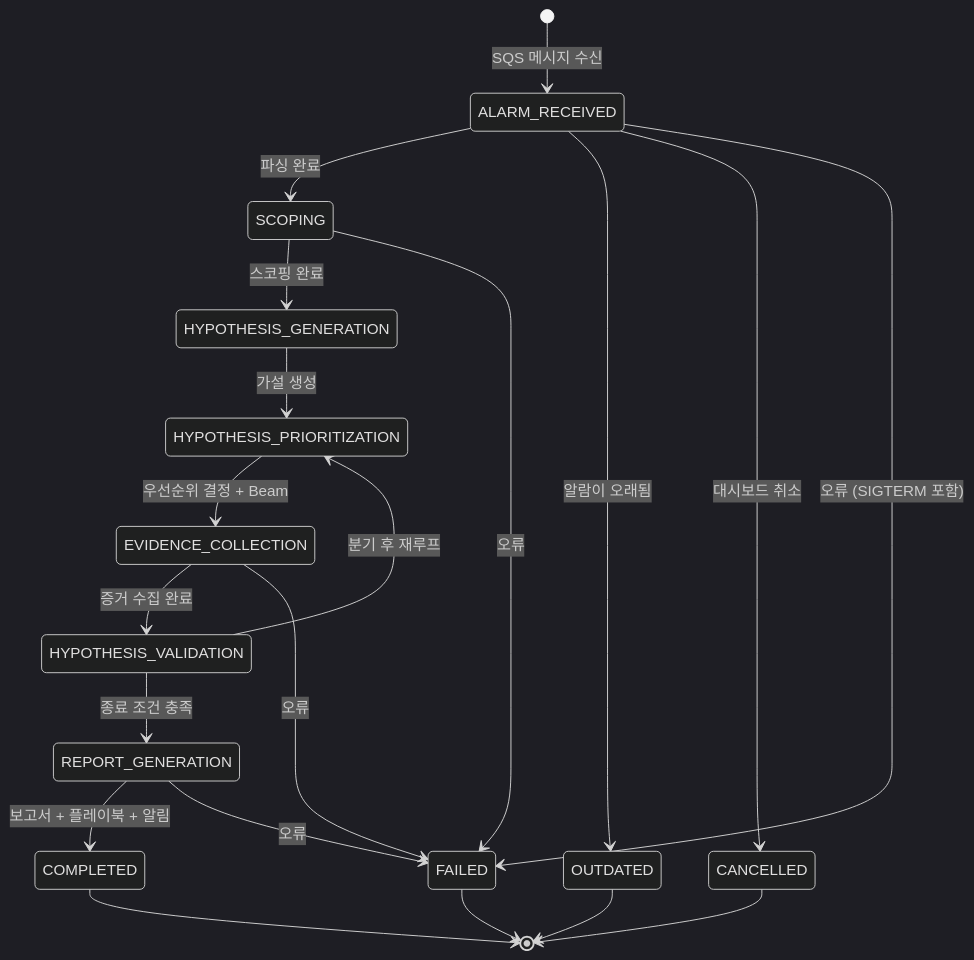
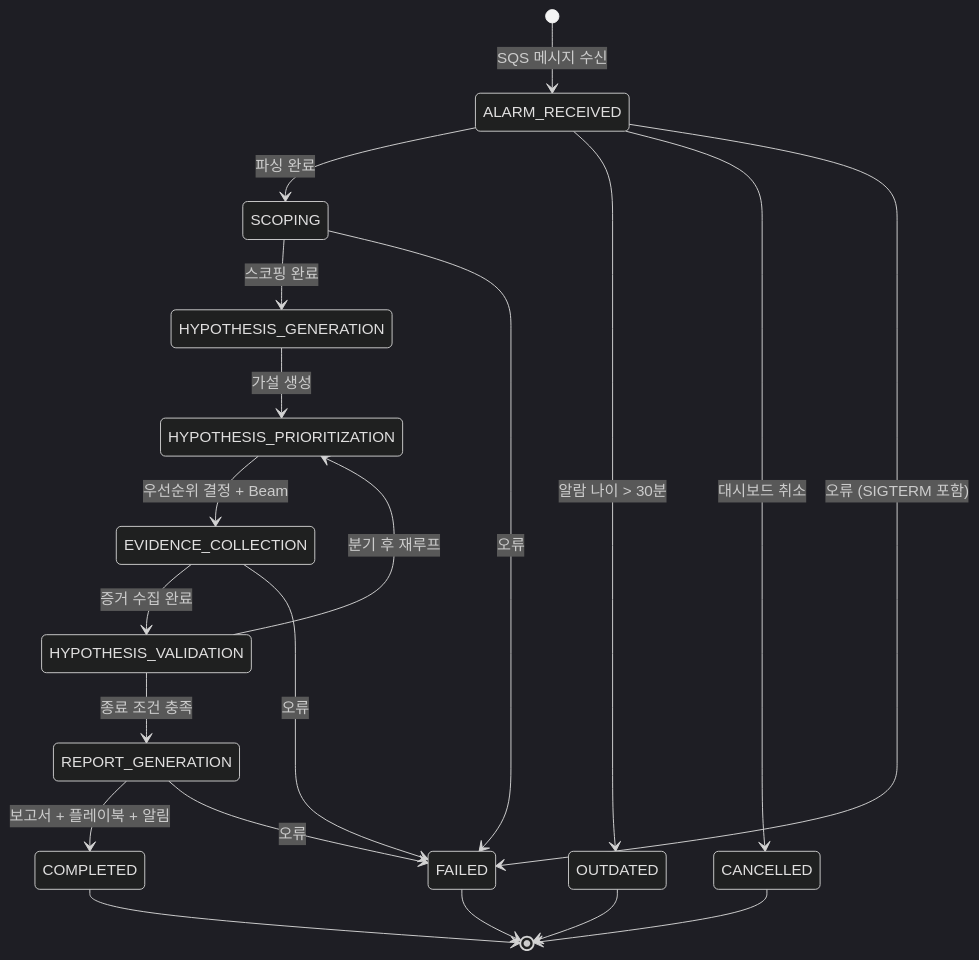
Diagram 18 of 25 in docs/system-guide-for-ops.md (haandol/rca-agent), drawn with Mermaid (dark theme) before and after one commit. The commit also changed other lines of this file, not shown here.

First line of the commit message:
docs(ops): record the stale-alarm skip both engines already perform

````diff
--- a/docs/system-guide-for-ops.md
+++ b/docs/system-guide-for-ops.md
@@ -970,25 +971,25 @@
 ```mermaid
 stateDiagram-v2
     [*] --> ALARM_RECEIVED: SQS 메시지 수신
 
     ALARM_RECEIVED --> SCOPING: 파싱 완료
     SCOPING --> HYPOTHESIS_GENERATION: 스코핑 완료
     HYPOTHESIS_GENERATION --> HYPOTHESIS_PRIORITIZATION: 가설 생성
     HYPOTHESIS_PRIORITIZATION --> EVIDENCE_COLLECTION: 우선순위 결정 + Beam
     EVIDENCE_COLLECTION --> HYPOTHESIS_VALIDATION: 증거 수집 완료
     HYPOTHESIS_VALIDATION --> REPORT_GENERATION: 종료 조건 충족
     HYPOTHESIS_VALIDATION --> HYPOTHESIS_PRIORITIZATION: 분기 후 재루프
     REPORT_GENERATION --> COMPLETED: 보고서 + 플레이북 + 알림
 
-    ALARM_RECEIVED --> OUTDATED: 알람이 오래됨
+    ALARM_RECEIVED --> OUTDATED: 알람 나이 > 30분
     ALARM_RECEIVED --> CANCELLED: 대시보드 취소
     ALARM_RECEIVED --> FAILED: 오류 (SIGTERM 포함)
     SCOPING --> FAILED: 오류
     EVIDENCE_COLLECTION --> FAILED: 오류
     REPORT_GENERATION --> FAILED: 오류
 
     COMPLETED --> [*]
     FAILED --> [*]
     CANCELLED --> [*]
     OUTDATED --> [*]
 ```
````
